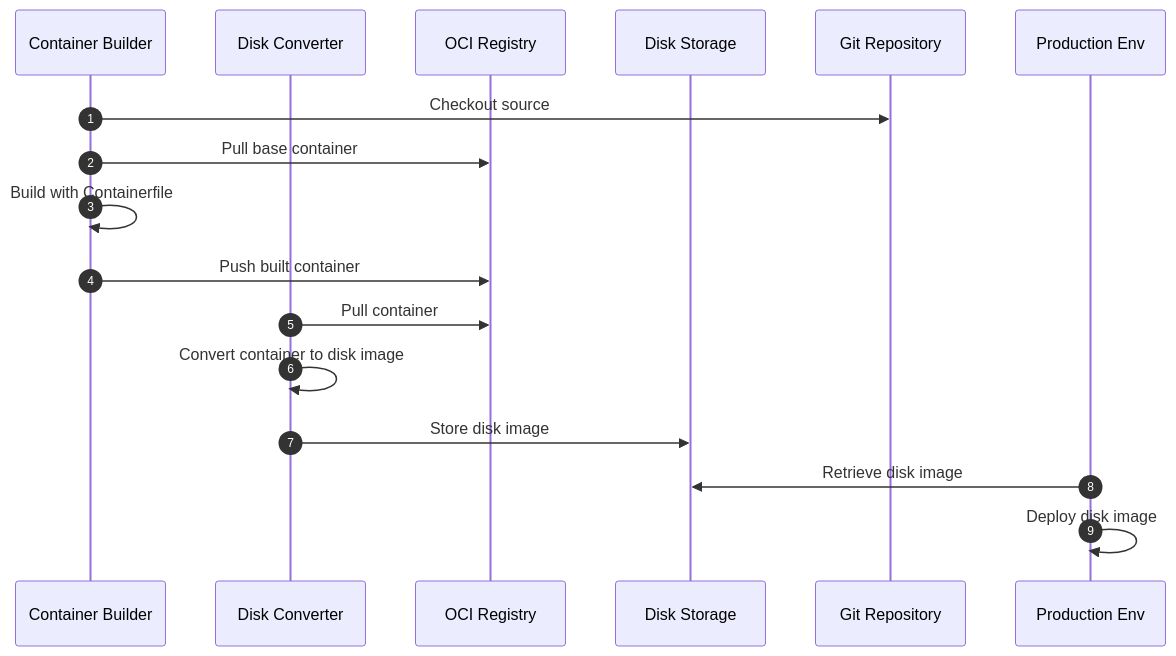
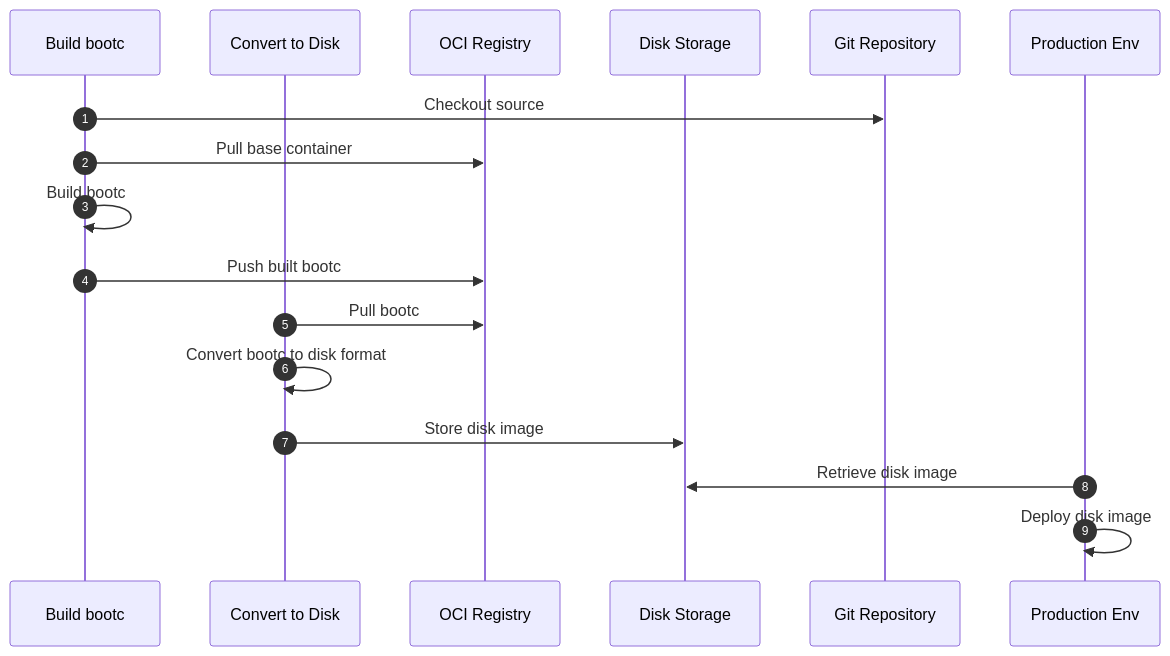
One commit to yureutaejin/yob changed the diagram in README.md. Above: the diagram before and after it, drawn with Mermaid. The commit also changed 1 other file, not shown here.

Commit message:
Fix pipeline diagram

````diff
--- a/README.md
+++ b/README.md
@@ -50,22 +50,22 @@
 ```mermaid
   sequenceDiagram
     autonumber
-    participant container_builder as Container Builder
-    participant disk_converter as Disk Converter
+    participant build_bootc as Build bootc
+    participant convert_disk as Convert to Disk
     participant oci_registry as OCI Registry
     participant disk_storage as Disk Storage
     participant git_repo as Git Repository
     participant production as Production Env
-    
-    container_builder ->> git_repo: Checkout source
-    container_builder ->> oci_registry: Pull base container
-    container_builder ->> container_builder: Build with Containerfile
-    container_builder ->> oci_registry: Push built container
-    
-    disk_converter ->> oci_registry: Pull container
-    disk_converter ->> disk_converter: Convert container to disk image
-    disk_converter ->> disk_storage: Store disk image
-    
+
+    build_bootc ->> git_repo: Checkout source
+    build_bootc ->> oci_registry: Pull base container
+    build_bootc ->> build_bootc: Build bootc
+    build_bootc ->> oci_registry: Push built bootc
+
+    convert_disk ->> oci_registry: Pull bootc
+    convert_disk ->> convert_disk: Convert bootc to disk format
+    convert_disk ->> disk_storage: Store disk image
+
     production ->> disk_storage: Retrieve disk image
     production ->> production: Deploy disk image
 ```
````
